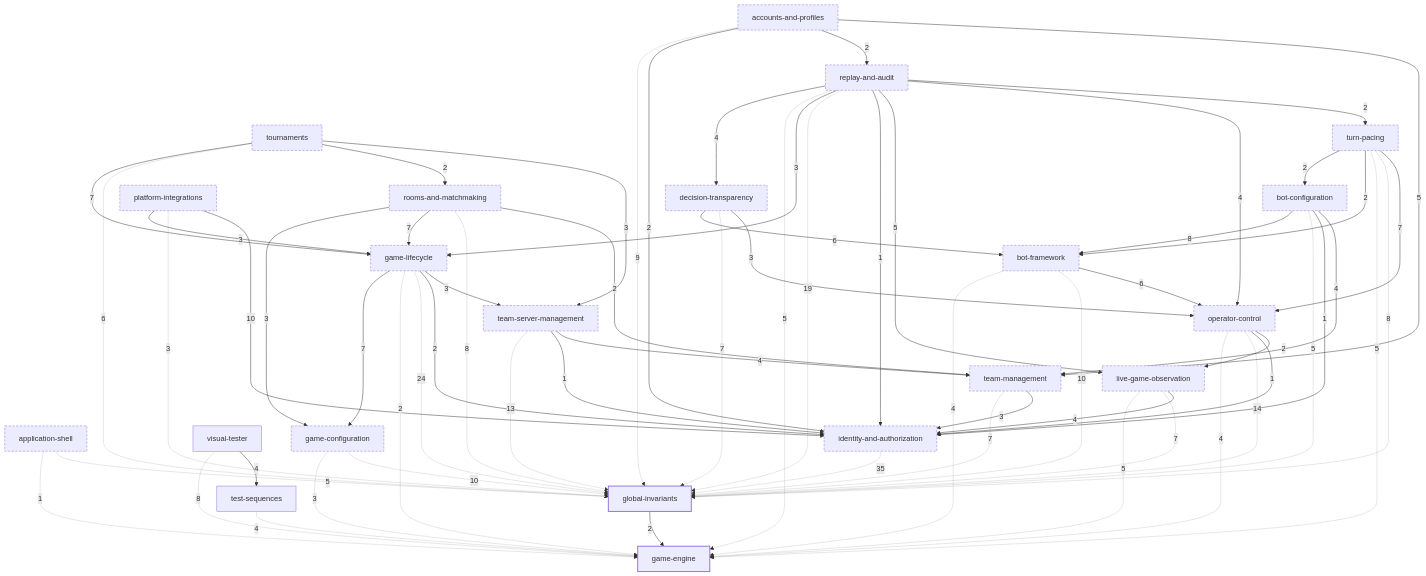
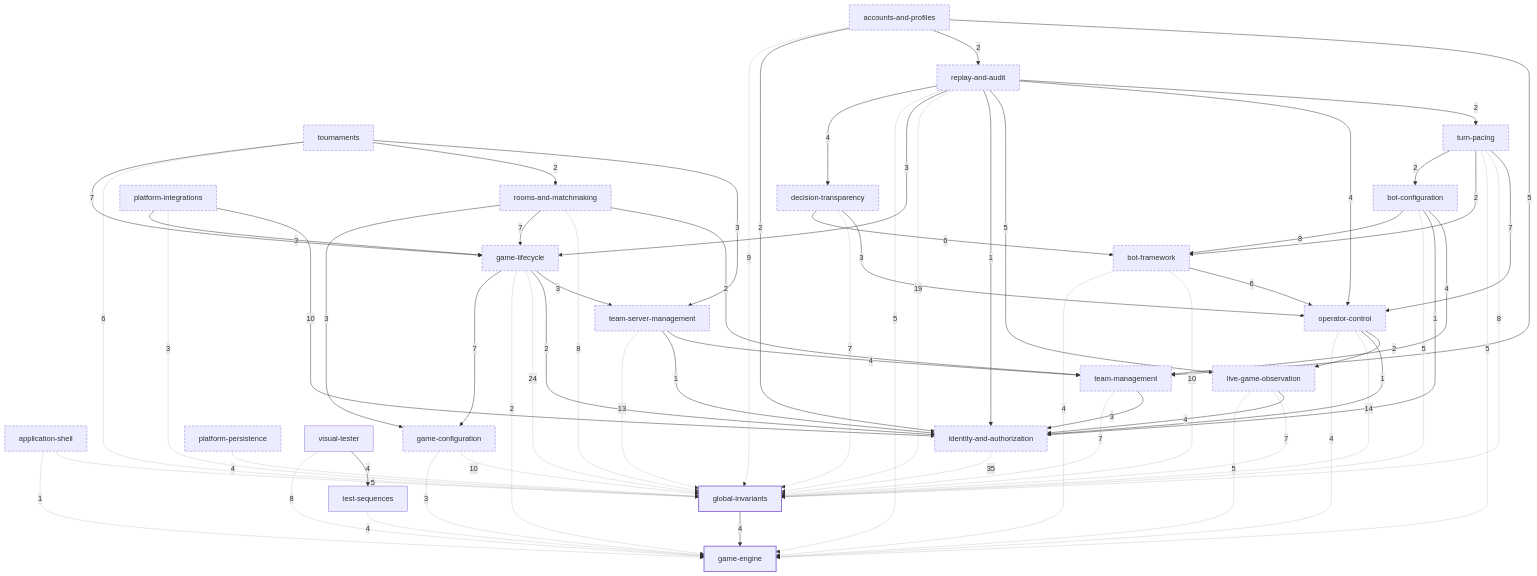
The diagram in openspec/capability-graph.md (Cyphid-Academy/Snek-Centaur-Platform), drawn with Mermaid before and after one commit. The commit also changed 6 other files, not shown here.

````diff
--- a/openspec/capability-graph.md
+++ b/openspec/capability-graph.md
@@ -41,6 +41,7 @@
   live-game-observation["live-game-observation"]:::open
   operator-control["operator-control"]:::open
   platform-integrations["platform-integrations"]:::open
+  platform-persistence["platform-persistence"]:::open
   replay-and-audit["replay-and-audit"]:::open
   rooms-and-matchmaking["rooms-and-matchmaking"]:::open
   team-management["team-management"]:::open
@@ -73,7 +74,7 @@
   game-lifecycle -->|24| global-invariants
   game-lifecycle -->|2| identity-and-authorization
   game-lifecycle -->|3| team-server-management
-  global-invariants -->|2| game-engine
+  global-invariants -->|4| game-engine
   identity-and-authorization -->|35| global-invariants
   live-game-observation -->|5| game-engine
   live-game-observation -->|7| global-invariants
@@ -85,6 +86,7 @@
   platform-integrations -->|3| game-lifecycle
   platform-integrations -->|3| global-invariants
   platform-integrations -->|10| identity-and-authorization
+  platform-persistence -->|4| global-invariants
   replay-and-audit -->|4| decision-transparency
   replay-and-audit -->|5| game-engine
   replay-and-audit -->|3| game-lifecycle
@@ -116,5 +118,5 @@
   visual-tester -->|4| test-sequences
 
   class game-engine,global-invariants base;
-  linkStyle 0,4,5,7,10,11,14,16,17,19,20,24,25,26,28,29,33,36,38,45,47,49,52,54,59,60,62 stroke-opacity:0.25;
+  linkStyle 0,4,5,7,10,11,14,16,17,19,20,24,25,26,28,29,33,35,37,39,46,48,50,53,55,60,61,63 stroke-opacity:0.25;
 ```
````
